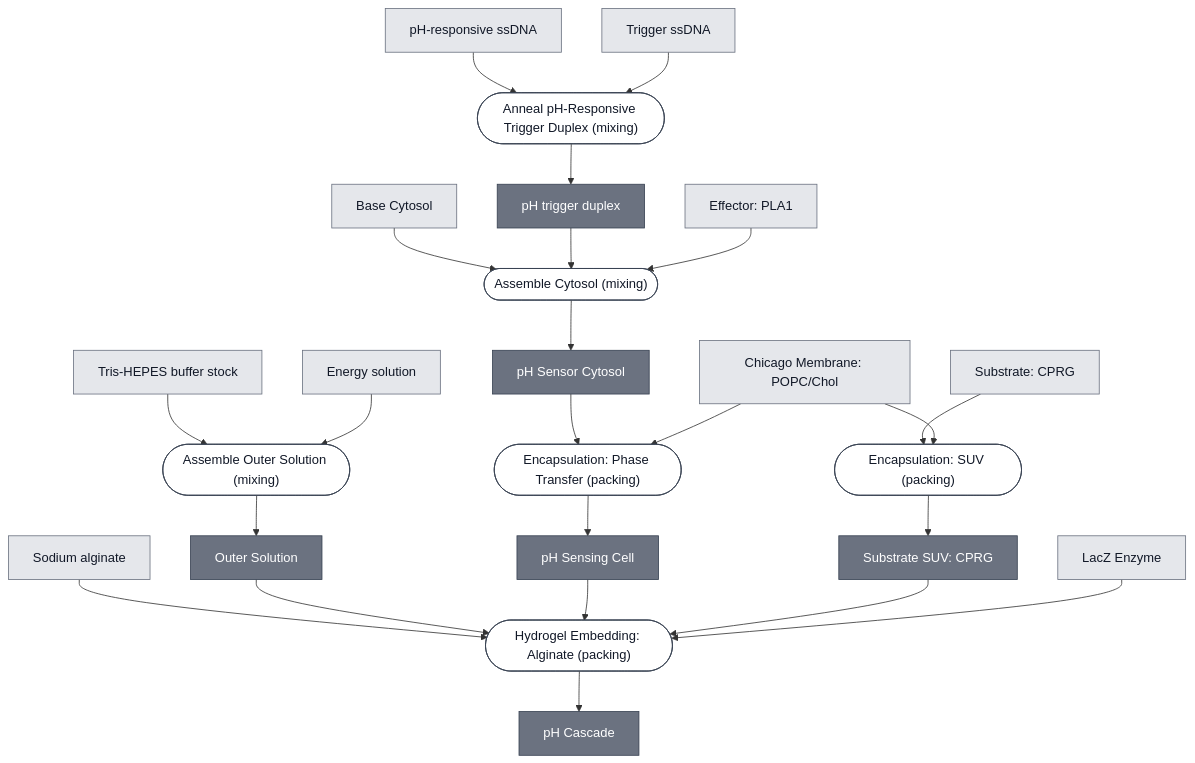
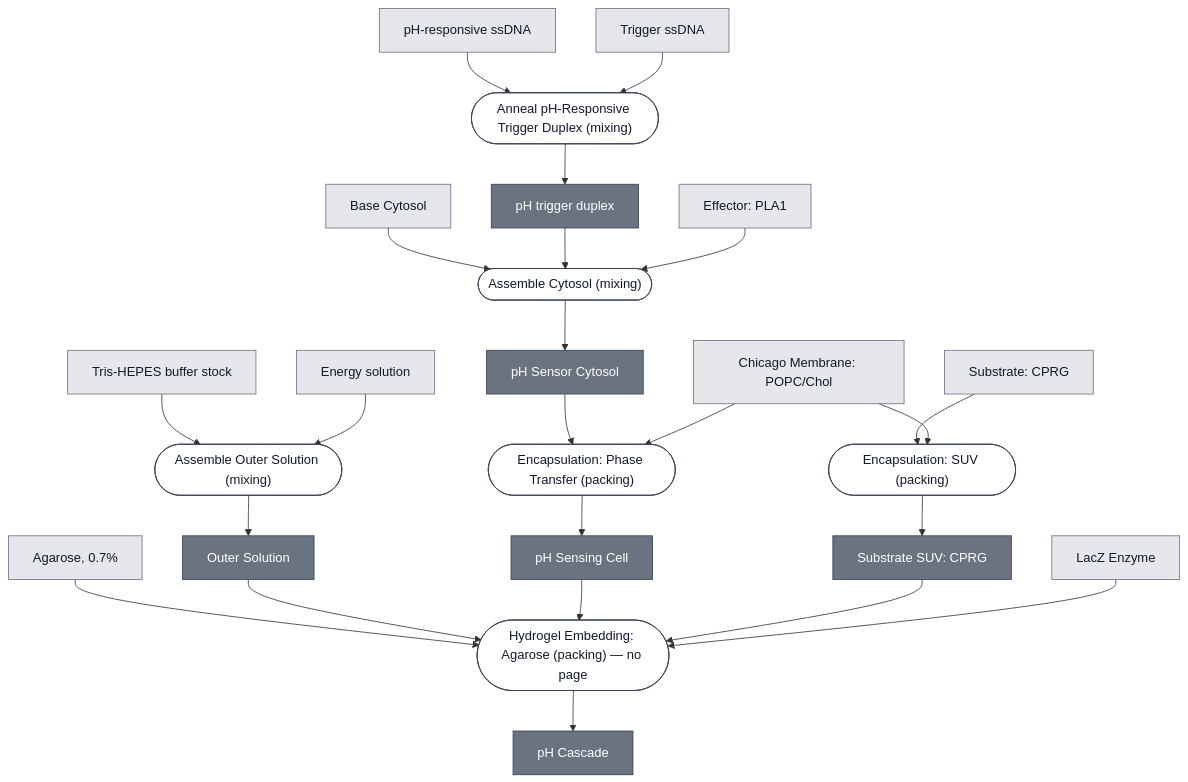
Before and after one commit to nucleus-eng/nucleus-docs: the diagram in docs/modules/ph-cascade/spec.md, drawn with Mermaid. The commit also changed other lines of this file and 5 other files, not shown here.

````diff
--- a/docs/modules/ph-cascade/spec.md
+++ b/docs/modules/ph-cascade/spec.md
@@ -35,80 +35,78 @@
 ```mermaid
 flowchart TD
     BASE_CYTOSOL["Base Cytosol"]
     PH_RESPONSIVE_SSDNA["pH-responsive ssDNA"]
     TRIGGER_SSDNA["Trigger ssDNA"]
     EFFECTOR_PLA1["Effector: PLA1"]
     MEMBRANE_CHICAGO["Chicago Membrane: POPC/Chol"]
     SUBSTRATE_CPRG["Substrate: CPRG"]
     REPORTER_LACZ_ENZYME["LacZ Enzyme"]
-    ALGINATE["Sodium alginate"]
+    AGAROSE["Agarose, 0.7%"]
     TRIS_HEPES_STOCK["Tris-HEPES buffer stock"]
     ENERGY_SOLUTION["Energy solution"]
 
     P1_ASSEMBLE_OUTER_SOLUTION_0(["Assemble Outer Solution (mixing)"])
     CHICAGO_OUTER_SOLUTION["Outer Solution"]
     P2_ANNEAL_TRIGGER_DUPLEX_0(["Anneal pH-Responsive Trigger Duplex (mixing)"])
     PH_TRIGGER_DUPLEX["pH trigger duplex"]
     P3_ASSEMBLE_CYTOSOL_0(["Assemble Cytosol (mixing)"])
     PH_SENSOR_CYTOSOL["pH Sensor Cytosol"]
     P4_ENCAPSULATE_0(["Encapsulation: Phase Transfer (packing)"])
     PH_SENSING_CELL["pH Sensing Cell"]
     P5_ENCAPSULATE_SUBSTRATE_SUV_0(["Encapsulation: SUV (packing)"])
     SUBSTRATE_CPRG_SUV["Substrate SUV: CPRG"]
-    P6_EMBED_ALGINATE_0(["Hydrogel Embedding: Alginate (packing)"])
+    P6_EMBED_AGAROSE_0(["Hydrogel Embedding: Agarose (packing) — no page"])
     PH_CASCADE["pH Cascade"]
 
     TRIS_HEPES_STOCK --> P1_ASSEMBLE_OUTER_SOLUTION_0
     ENERGY_SOLUTION --> P1_ASSEMBLE_OUTER_SOLUTION_0
     P1_ASSEMBLE_OUTER_SOLUTION_0 --> CHICAGO_OUTER_SOLUTION
 
     PH_RESPONSIVE_SSDNA --> P2_ANNEAL_TRIGGER_DUPLEX_0
     TRIGGER_SSDNA --> P2_ANNEAL_TRIGGER_DUPLEX_0
     P2_ANNEAL_TRIGGER_DUPLEX_0 --> PH_TRIGGER_DUPLEX
 
     BASE_CYTOSOL --> P3_ASSEMBLE_CYTOSOL_0
     PH_TRIGGER_DUPLEX --> P3_ASSEMBLE_CYTOSOL_0
     EFFECTOR_PLA1 --> P3_ASSEMBLE_CYTOSOL_0
     P3_ASSEMBLE_CYTOSOL_0 --> PH_SENSOR_CYTOSOL
 
     PH_SENSOR_CYTOSOL --> P4_ENCAPSULATE_0
     MEMBRANE_CHICAGO --> P4_ENCAPSULATE_0
     P4_ENCAPSULATE_0 --> PH_SENSING_CELL
 
     SUBSTRATE_CPRG --> P5_ENCAPSULATE_SUBSTRATE_SUV_0
     MEMBRANE_CHICAGO --> P5_ENCAPSULATE_SUBSTRATE_SUV_0
     P5_ENCAPSULATE_SUBSTRATE_SUV_0 --> SUBSTRATE_CPRG_SUV
 
-    ALGINATE --> P6_EMBED_ALGINATE_0
-    CHICAGO_OUTER_SOLUTION --> P6_EMBED_ALGINATE_0
-    PH_SENSING_CELL --> P6_EMBED_ALGINATE_0
-    SUBSTRATE_CPRG_SUV --> P6_EMBED_ALGINATE_0
-    REPORTER_LACZ_ENZYME --> P6_EMBED_ALGINATE_0
-    P6_EMBED_ALGINATE_0 --> PH_CASCADE
+    AGAROSE --> P6_EMBED_AGAROSE_0
+    CHICAGO_OUTER_SOLUTION --> P6_EMBED_AGAROSE_0
+    PH_SENSING_CELL --> P6_EMBED_AGAROSE_0
+    SUBSTRATE_CPRG_SUV --> P6_EMBED_AGAROSE_0
+    REPORTER_LACZ_ENZYME --> P6_EMBED_AGAROSE_0
+    P6_EMBED_AGAROSE_0 --> PH_CASCADE
 
 
     classDef leaf     fill:#e5e7eb,stroke:#6b7280,color:#111827;
     classDef composed fill:#6b7280,stroke:#374151,color:#ffffff;
     classDef process  fill:#ffffff,stroke:#374151,color:#111827;
-    class BASE_CYTOSOL,PH_RESPONSIVE_SSDNA,TRIGGER_SSDNA,EFFECTOR_PLA1,MEMBRANE_CHICAGO,SUBSTRATE_CPRG,REPORTER_LACZ_ENZYME,ALGINATE,TRIS_HEPES_STOCK,ENERGY_SOLUTION leaf;
+    class BASE_CYTOSOL,PH_RESPONSIVE_SSDNA,TRIGGER_SSDNA,EFFECTOR_PLA1,MEMBRANE_CHICAGO,SUBSTRATE_CPRG,REPORTER_LACZ_ENZYME,AGAROSE,TRIS_HEPES_STOCK,ENERGY_SOLUTION leaf;
     class CHICAGO_OUTER_SOLUTION,PH_TRIGGER_DUPLEX,PH_SENSOR_CYTOSOL,PH_SENSING_CELL,SUBSTRATE_CPRG_SUV,PH_CASCADE composed;
-    class P1_ASSEMBLE_OUTER_SOLUTION_0,P2_ANNEAL_TRIGGER_DUPLEX_0,P3_ASSEMBLE_CYTOSOL_0,P4_ENCAPSULATE_0,P5_ENCAPSULATE_SUBSTRATE_SUV_0,P6_EMBED_ALGINATE_0 process;
+    class P1_ASSEMBLE_OUTER_SOLUTION_0,P2_ANNEAL_TRIGGER_DUPLEX_0,P3_ASSEMBLE_CYTOSOL_0,P4_ENCAPSULATE_0,P5_ENCAPSULATE_SUBSTRATE_SUV_0,P6_EMBED_AGAROSE_0 process;
 
     click BASE_CYTOSOL "/docs/modules/base-cytosol/spec"
     click EFFECTOR_PLA1 "/docs/modules/effector-pla1/spec"
     click MEMBRANE_CHICAGO "/docs/modules/membrane-popc-chol-chicago/spec"
     click SUBSTRATE_CPRG "/docs/modules/substrate-cprg/spec"
     click REPORTER_LACZ_ENZYME "/docs/modules/reporter-lacz-enzyme/spec"
-    click ALGINATE "/docs/modules/gel-alginate/spec"
     click P1_ASSEMBLE_OUTER_SOLUTION_0 "/docs/processes/assemble-outer-solution/main"
     click P2_ANNEAL_TRIGGER_DUPLEX_0 "/docs/processes/anneal-ph-trigger-duplex/main"
     click PH_TRIGGER_DUPLEX "/docs/modules/detector-ph/spec"
     click P3_ASSEMBLE_CYTOSOL_0 "/docs/processes/assemble-cytosol/assemble-cytosol-main"
     click PH_SENSOR_CYTOSOL "/docs/modules/ph-sensor-cytosol/spec"
     click P4_ENCAPSULATE_0 "/docs/processes/assemble-base-cell/main"
     click PH_SENSING_CELL "/docs/modules/ph-sensing-cell/spec"
     click P5_ENCAPSULATE_SUBSTRATE_SUV_0 "/docs/processes/encapsulate-suv/main"
     click SUBSTRATE_CPRG_SUV "/docs/modules/substrate-cprg-suv/spec"
-    click P6_EMBED_ALGINATE_0 "/docs/processes/embed-alginate-hydrogel/main"
     click PH_CASCADE "/docs/modules/ph-cascade/spec"
 ```
````
